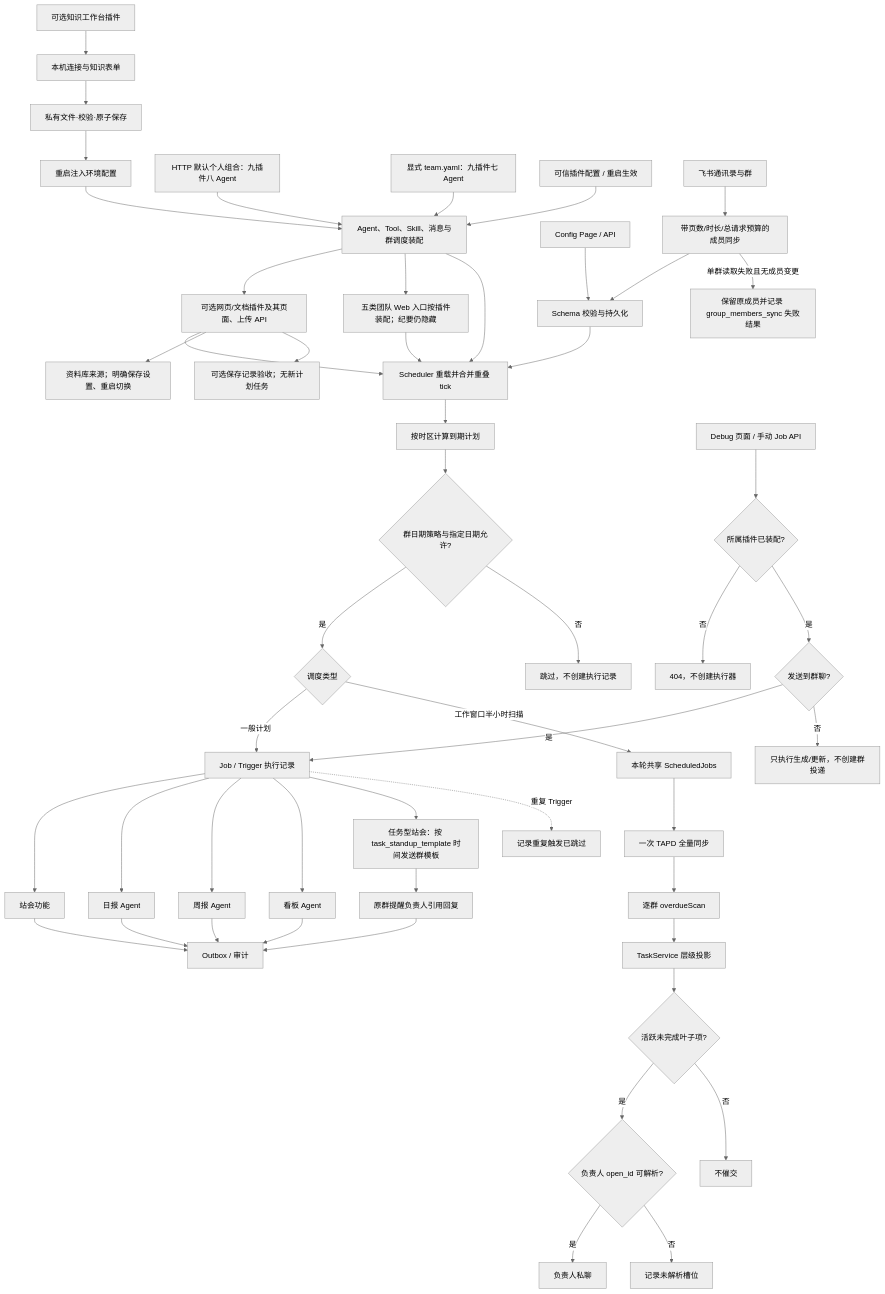
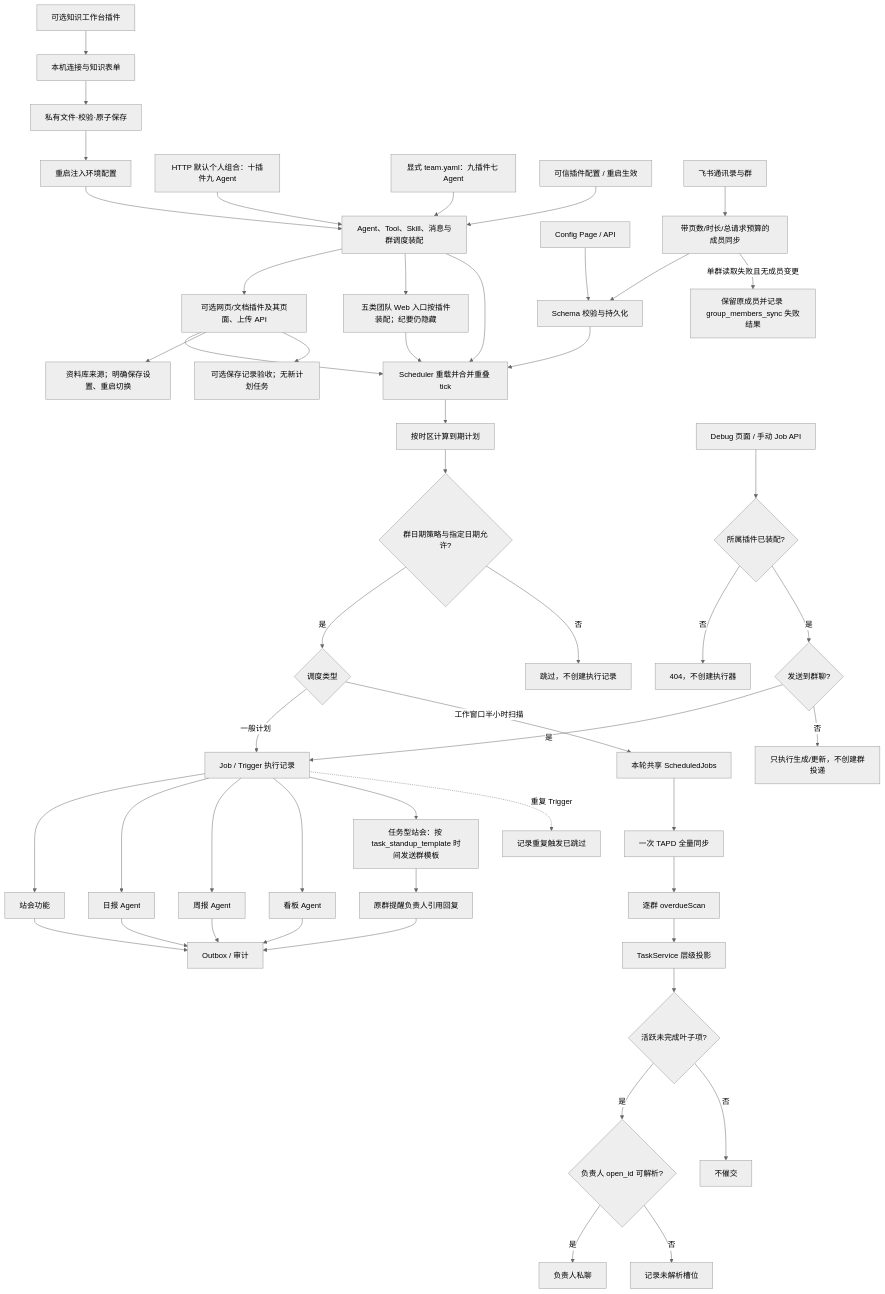
The diagram in backend/src/core/configuration-scheduling/FEATURE.md (KlayPeter/AI-Delivery-Ops-Agent), drawn with Mermaid (neutral theme) before and after one commit. The commit also changed other lines of this file and 26 other files, not shown here.

````diff
--- a/backend/src/core/configuration-scheduling/FEATURE.md
+++ b/backend/src/core/configuration-scheduling/FEATURE.md
@@ -21,53 +21,53 @@
 ```mermaid
 flowchart TD
     KWP[可选知识工作台插件] --> LC[本机连接与知识表单]
     LC --> LF[私有文件·校验·原子保存]
     LF --> BOOT[重启注入环境配置]
     BOOT --> PH
-    PERSONAL[HTTP 默认个人组合：九插件八 Agent] --> PH
+    PERSONAL[HTTP 默认个人组合：十插件九 Agent] --> PH
     TEAM[显式 team.yaml：九插件七 Agent] --> PH
     PC["可信插件配置 / 重启生效"] --> PH["Agent、Tool、Skill、消息与群调度装配"]
     PH --> COL[可选网页/文档插件及其页面、上传 API]
     COL --> E
     PH --> VIS[五类团队 Web 入口按插件装配；纪要仍隐藏]
     VIS --> E
     PH --> E
     A["Config Page / API"] --> B["Schema 校验与持久化"]
     C["飞书通讯录与群"] --> D["带页数/时长/总请求预算的成员同步"]
     D --> B
     D -- 单群读取失败且无成员变更 --> MSFAIL[保留原成员并记录 group_members_sync 失败结果]
     B --> E["Scheduler 重载并合并重叠 tick"]
     E --> F["按时区计算到期计划"]
     F --> HC{"群日期策略与指定日期允许?"}
     HC -- "是" --> L{"调度类型"}
     HC -- "否" --> HS["跳过，不创建执行记录"]
     L -- "一般计划" --> G["Job / Trigger 执行记录"]
     L -- "工作窗口半小时扫描" --> S["本轮共享 ScheduledJobs"]
     S --> T["一次 TAPD 全量同步"]
     T --> M["逐群 overdueScan"]
     M --> P["TaskService 层级投影"]
     P --> Q{"活跃未完成叶子项?"}
     Q -- "是" --> V{"负责人 open_id 可解析?"}
     Q -- "否" --> R["不催交"]
     V -- "是" --> N["负责人私聊"]
     V -- "否" --> U["记录未解析槽位"]
     G --> H["站会功能"]
     G --> I["日报 Agent"]
     G --> W["周报 Agent"]
     G --> J["看板 Agent"]
     D2["Debug 页面 / 手动 Job API"] --> OWNER{所属插件已装配?}
     OWNER -- 否 --> REJECT[404，不创建执行器]
     OWNER -- 是 --> G2{"发送到群聊?"}
     G2 -- "是" --> G
     G2 -- "否" --> U2["只执行生成/更新，不创建群投递"]
     H --> K["Outbox / 审计"]
     G --> TS["任务型站会：按 task_standup_template 时间发送群模板"]
     TS --> TR["原群提醒负责人引用回复"]
     TR --> K
     I --> K
     W --> K
     J --> K
     G -. "重复 Trigger" .-> X["记录重复触发已跳过"]
     COL --> KLIB[资料库来源；明确保存设置、重启切换]
     COL --> QCR[可选保存记录验收；无新计划任务]
 ```
````
